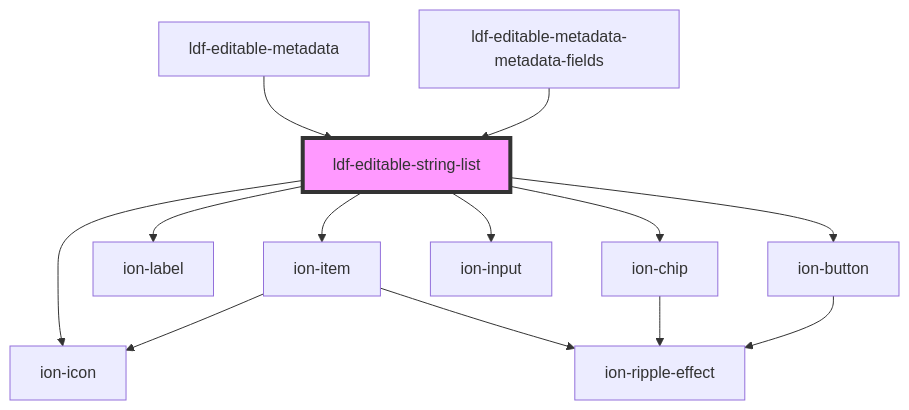
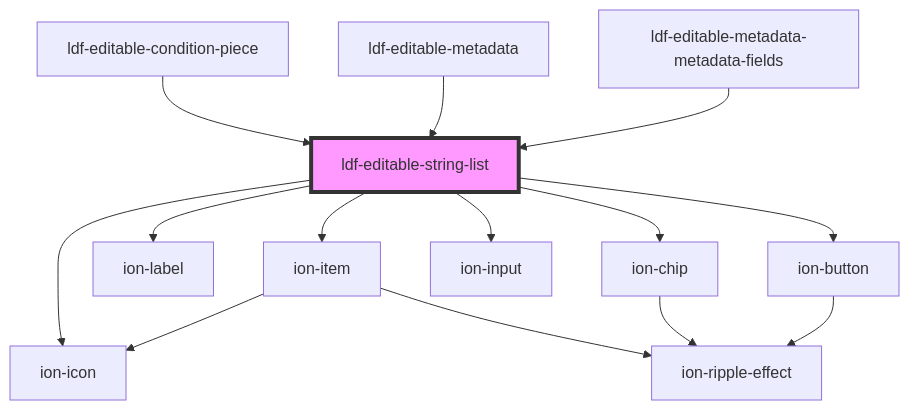
One commit to gbj/venite changed the diagram in components/src/components/editable-string-list/readme.md. Above: the diagram before and after it, drawn with Mermaid. The commit also changed other lines of this file and 13 other files, not shown here.

````diff
--- a/components/src/components/editable-string-list/readme.md
+++ b/components/src/components/editable-string-list/readme.md
@@ -41,16 +42,17 @@
 ```mermaid
 graph TD;
   ldf-editable-string-list --> ion-item
   ldf-editable-string-list --> ion-label
   ldf-editable-string-list --> ion-chip
   ldf-editable-string-list --> ion-icon
   ldf-editable-string-list --> ion-input
   ldf-editable-string-list --> ion-button
   ion-item --> ion-icon
   ion-item --> ion-ripple-effect
   ion-chip --> ion-ripple-effect
   ion-button --> ion-ripple-effect
+  ldf-editable-condition-piece --> ldf-editable-string-list
   ldf-editable-metadata --> ldf-editable-string-list
   ldf-editable-metadata-metadata-fields --> ldf-editable-string-list
   style ldf-editable-string-list fill:#f9f,stroke:#333,stroke-width:4px
 ```
````
